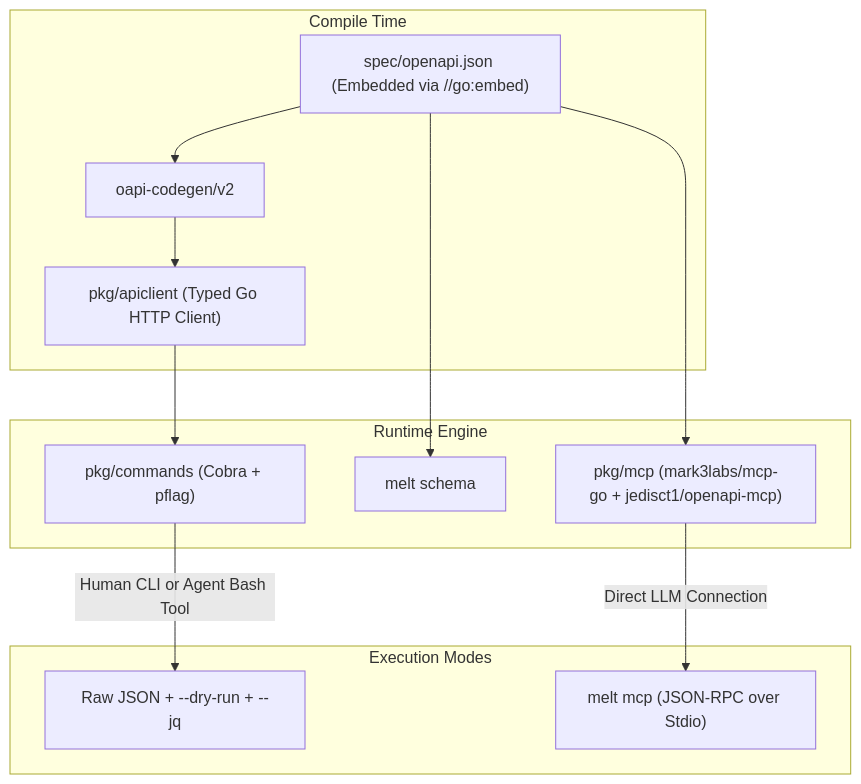
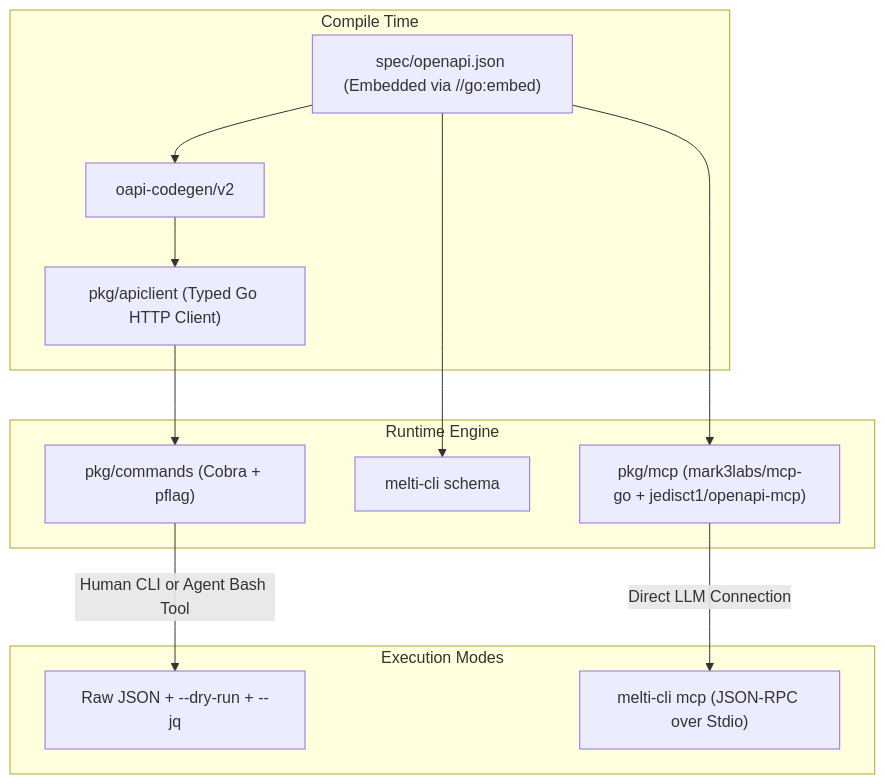
Before and after one commit to MeltiplyOrg/meltiply-cli: the diagram in ECOSYSTEM_RESEARCH.md, drawn with Mermaid. The commit also changed other lines of this file and 20 other files, not shown here.

````diff
--- a/ECOSYSTEM_RESEARCH.md
+++ b/ECOSYSTEM_RESEARCH.md
@@ -73,20 +77,20 @@
 ```mermaid
 flowchart TD
     Spec["spec/openapi.json (Embedded via //go:embed)"]
 
     subgraph Compile Time
         Spec --> OapiCodegen["oapi-codegen/v2"]
         OapiCodegen --> Client["pkg/apiclient (Typed Go HTTP Client)"]
     end
 
     subgraph Runtime Engine
         Spec --> MCPGen["pkg/mcp (mark3labs/mcp-go + jedisct1/openapi-mcp)"]
-        Spec --> SchemaCmd["melt schema <cmd>"]
+        Spec --> SchemaCmd["melti-cli schema <cmd>"]
         Client --> CobraCmds["pkg/commands (Cobra + pflag)"]
     end
 
     subgraph Execution Modes
         CobraCmds -->|Human CLI or Agent Bash Tool| StdioCLI["Raw JSON + --dry-run + --jq"]
-        MCPGen -->|Direct LLM Connection| StdioMCP["melt mcp (JSON-RPC over Stdio)"]
+        MCPGen -->|Direct LLM Connection| StdioMCP["melti-cli mcp (JSON-RPC over Stdio)"]
     end
 ```
````
